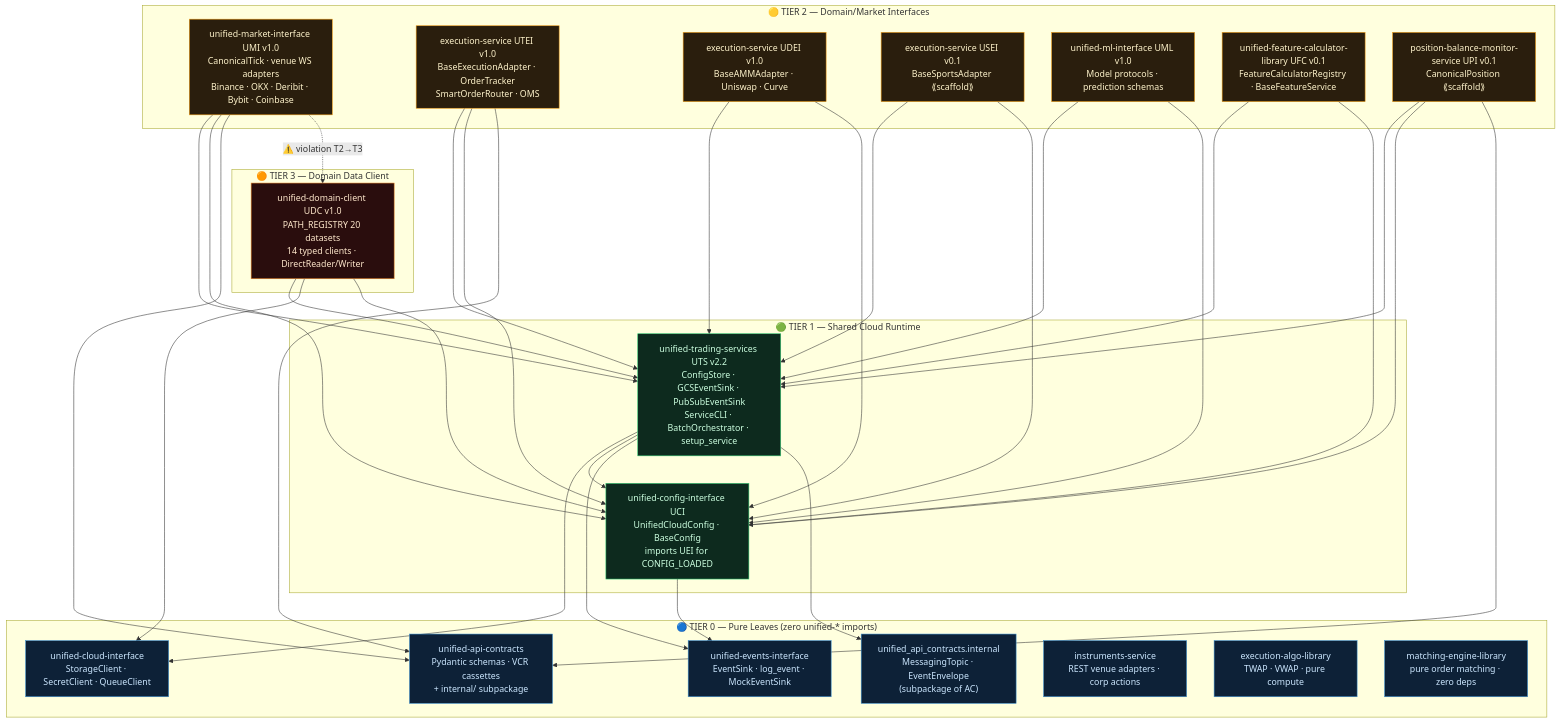
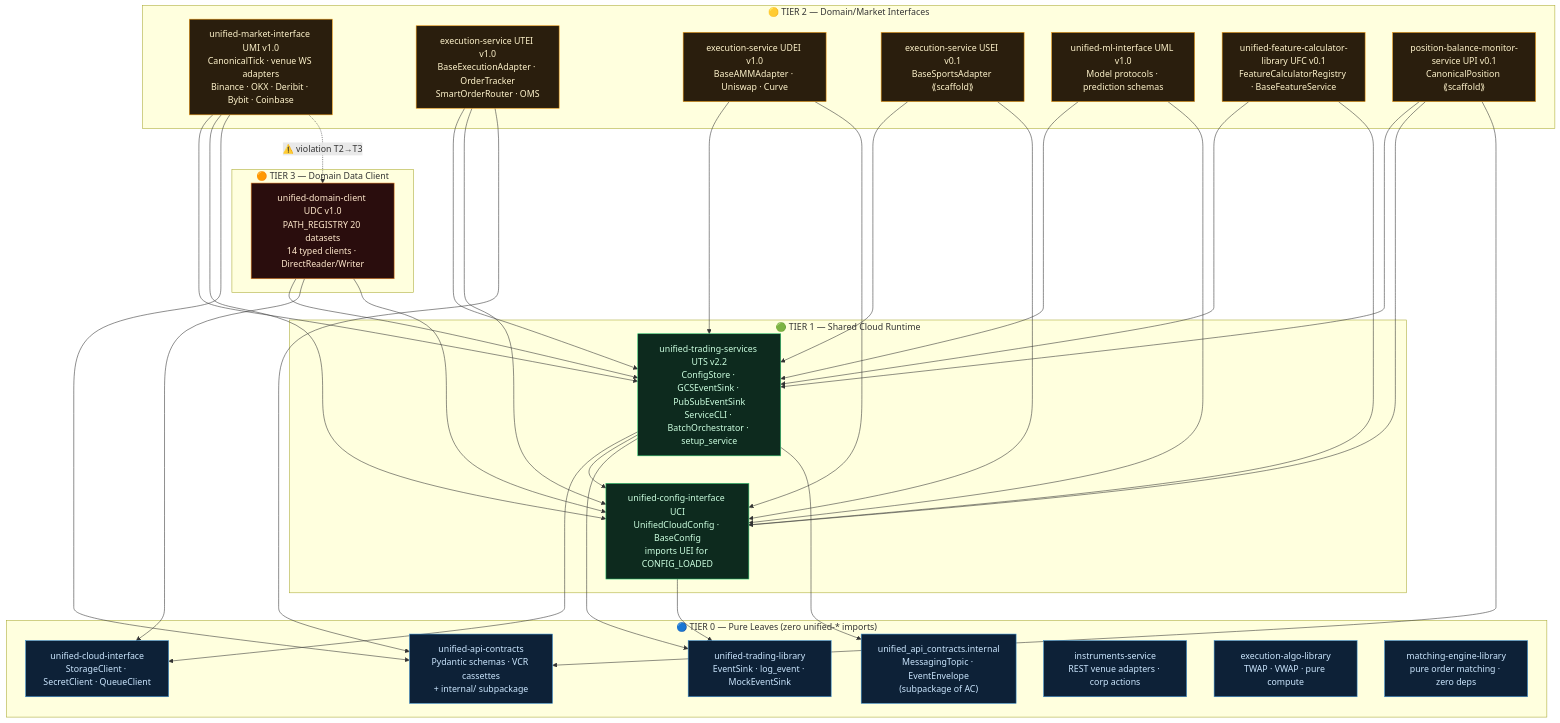
The first of 2 diagrams in codex/05-infrastructure/unified-libraries/INTERNAL_DEPENDENCY_GRAPH.md (IggyIkenna/unified-trading-pm), drawn with Mermaid before and after one commit. The commit also changed other lines of this file and 79 other files, not shown here.

First line of the commit message:
docs: final sweep — remove hyphen-form unified-events-interface mentions

````diff
--- a/codex/05-infrastructure/unified-libraries/INTERNAL_DEPENDENCY_GRAPH.md
+++ b/codex/05-infrastructure/unified-libraries/INTERNAL_DEPENDENCY_GRAPH.md
@@ -21,74 +21,74 @@
 ```mermaid
 graph TB
     subgraph T0["🔵 TIER 0 — Pure Leaves (zero unified-* imports)"]
         AC["unified-api-contracts<br/>Pydantic schemas · VCR cassettes<br/>+ internal/ subpackage"]
         UIC_INT["unified_api_contracts.internal<br/>MessagingTopic · EventEnvelope<br/>(subpackage of AC)"]
-        UEI["unified-events-interface<br/>EventSink · log_event · MockEventSink"]
+        UEI["unified-trading-library<br/>EventSink · log_event · MockEventSink"]
         UCLI["unified-cloud-interface<br/>StorageClient · SecretClient · QueueClient"]
         URDI["instruments-service<br/>REST venue adapters · corp actions"]
         EAL["execution-algo-library<br/>TWAP · VWAP · pure compute"]
         MEL["matching-engine-library<br/>pure order matching · zero deps"]
     end
 
     subgraph T1["🟢 TIER 1 — Shared Cloud Runtime"]
         UCI["unified-config-interface UCI<br/>UnifiedCloudConfig · BaseConfig<br/>imports UEI for CONFIG_LOADED"]
         UTS["unified-trading-services UTS v2.2<br/>ConfigStore · GCSEventSink · PubSubEventSink<br/>ServiceCLI · BatchOrchestrator · setup_service"]
     end
 
     subgraph T2["🟡 TIER 2 — Domain/Market Interfaces"]
         UMI["unified-market-interface UMI v1.0<br/>CanonicalTick · venue WS adapters<br/>Binance · OKX · Deribit · Bybit · Coinbase"]
         UTEI["execution-service UTEI v1.0<br/>BaseExecutionAdapter · OrderTracker<br/>SmartOrderRouter · OMS"]
         UDEI["execution-service UDEI v1.0<br/>BaseAMMAdapter · Uniswap · Curve"]
         USEI["execution-service USEI v0.1<br/>BaseSportsAdapter ⟪scaffold⟫"]
         UML["unified-ml-interface UML v1.0<br/>Model protocols · prediction schemas"]
         UFC["unified-feature-calculator-library UFC v0.1<br/>FeatureCalculatorRegistry · BaseFeatureService"]
         UPI["position-balance-monitor-service UPI v0.1<br/>CanonicalPosition ⟪scaffold⟫"]
     end
 
     subgraph T3["🟠 TIER 3 — Domain Data Client"]
         UDC["unified-domain-client UDC v1.0<br/>PATH_REGISTRY 20 datasets<br/>14 typed clients · DirectReader/Writer"]
     end
 
     %% T1 imports T0
     UCI --> UEI
     UTS --> UCLI
     UTS --> UCI
     UTS --> UEI
     UTS --> UIC_INT
 
     %% T2 imports T0+T1
     UMI --> UTS
     UMI --> UCI
     UMI --> AC
     UTEI --> UTS
     UTEI --> UCI
     UTEI --> AC
     UDEI --> UTS
     UDEI --> UCI
     USEI --> UTS
     USEI --> UCI
     UML --> UTS
     UML --> UCI
     UFC --> UTS
     UFC --> UCI
     UPI --> UTS
     UPI --> UCI
     UPI --> AC
 
     %% T3 imports T0+T1
     UDC --> UTS
     UDC --> UCLI
     UDC --> UCI
 
     %% Known violation (T2 → T3 lateral — must be removed)
     UMI -.->|"⚠️ violation T2→T3"| UDC
 
     classDef t0 fill:#0d2137,stroke:#3a8fd1,color:#cce7ff
     classDef t1 fill:#0d2a1e,stroke:#2ecc71,color:#ccffe0
     classDef t2 fill:#2a1e0d,stroke:#f39c12,color:#fff4cc
     classDef t3 fill:#2a0d0d,stroke:#e67e22,color:#ffe8cc
     class AC,UIC_INT,UEI,UCLI,URDI,EAL,MEL t0
     class UCI,UTS t1
     class UMI,UTEI,UDEI,USEI,UML,UFC,UPI t2
     class UDC t3
 ```
````
